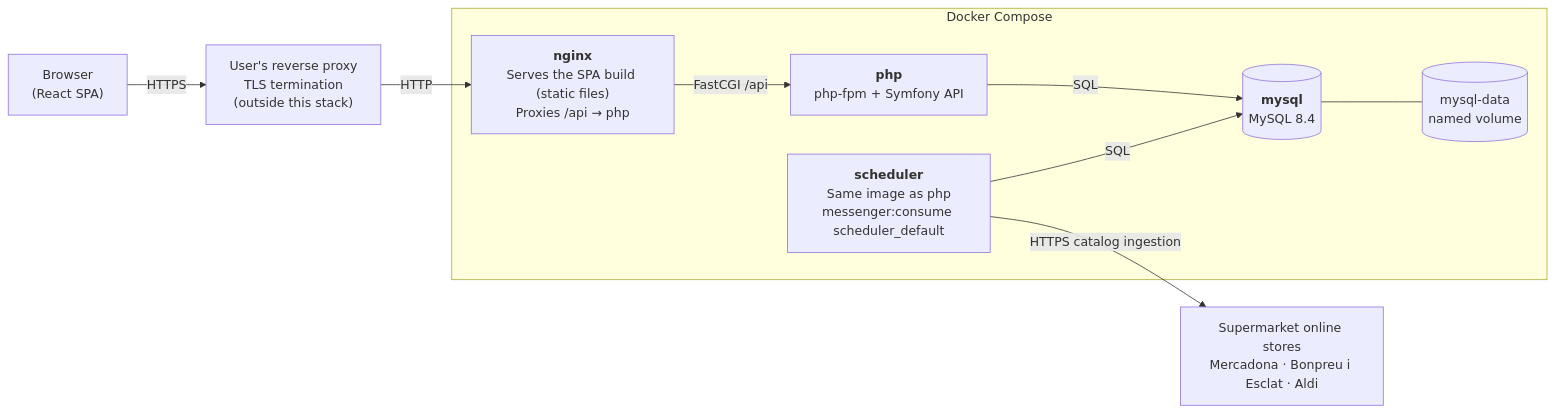
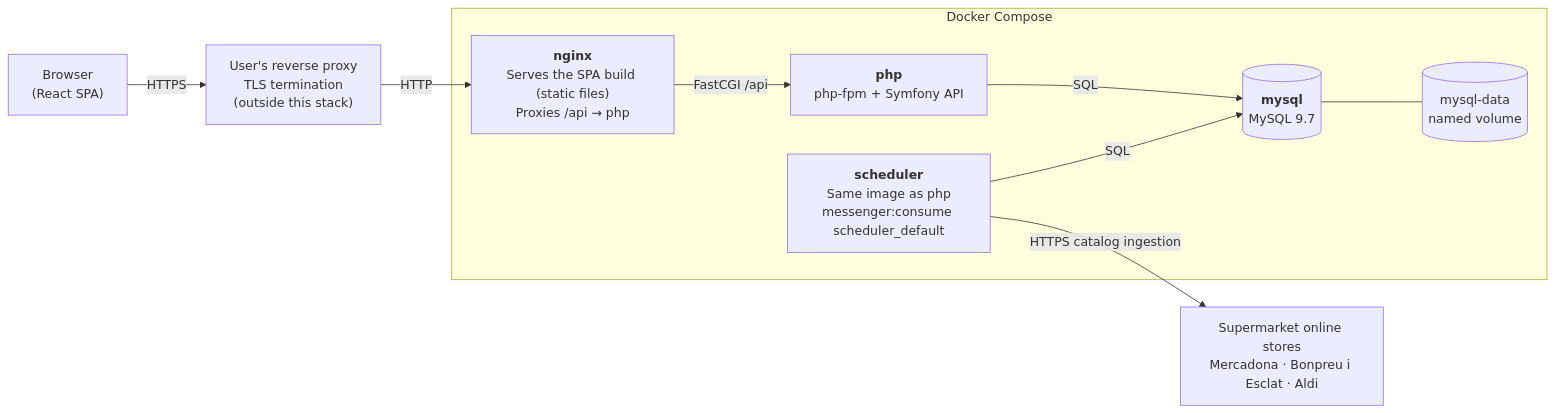
Before and after one commit to joeljoanlopez/jolo-market: the third of 3 diagrams in docs/architecture.md, drawn with Mermaid. The commit also changed other lines of this file and 3 other files, not shown here.

````diff
--- a/docs/architecture.md
+++ b/docs/architecture.md
@@ -417,23 +433,23 @@
 ```mermaid
 flowchart LR
     browser["Browser<br/>(React SPA)"]
     proxy["User's reverse proxy<br/>TLS termination<br/>(outside this stack)"]
 
     subgraph compose["Docker Compose"]
         nginx["<b>nginx</b><br/>Serves the SPA build (static files)<br/>Proxies /api → php"]
         php["<b>php</b><br/>php-fpm + Symfony API"]
         scheduler["<b>scheduler</b><br/>Same image as php<br/>messenger:consume scheduler_default"]
-        mysql[("<b>mysql</b><br/>MySQL 8.4")]
+        mysql[("<b>mysql</b><br/>MySQL 9.7")]
         volume[("mysql-data<br/>named volume")]
     end
 
     stores["Supermarket online stores<br/>Mercadona · Bonpreu i Esclat · Aldi"]
 
     browser -->|HTTPS| proxy
     proxy -->|HTTP| nginx
     nginx -->|FastCGI /api| php
     php -->|SQL| mysql
     scheduler -->|SQL| mysql
     scheduler -->|HTTPS catalog ingestion| stores
     mysql --- volume
 ```
````
